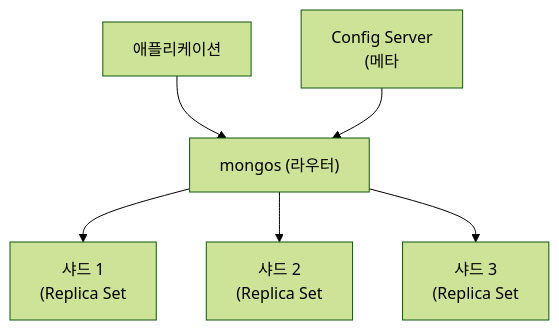
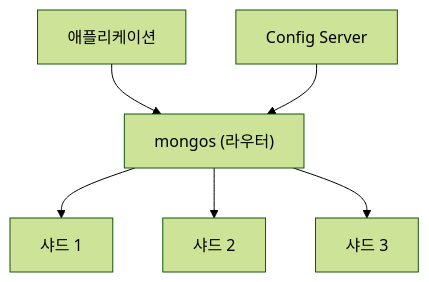
Before and after one commit to yjkim2015/yjkim2015.github.io: the sixth of 7 diagrams in _posts/nosql/2026-05-02-mongodb-deep.md, drawn with Mermaid (forest theme). The commit also changed other lines of this file and 217 other files, not shown here.

First line of the commit message:
Mermaid 크기 수정: useMaxWidth:true + SVG max-width:100% + 라벨 축소

````diff
--- a/_posts/nosql/2026-05-02-mongodb-deep.md
+++ b/_posts/nosql/2026-05-02-mongodb-deep.md
@@ -303,8 +303,8 @@
 ```mermaid
 graph TD
     Client["애플리케이션"] --> MongosRouter["mongos (라우터)"]
-    MongosRouter --> Shard1["샤드 1\n(Replica Set"]
-    MongosRouter --> Shard2["샤드 2\n(Replica Set"]
-    MongosRouter --> Shard3["샤드 3\n(Replica Set"]
-    ConfigServer["Config Server\n(메타"] --> MongosRouter
+    MongosRouter --> Shard1["샤드 1"]
+    MongosRouter --> Shard2["샤드 2"]
+    MongosRouter --> Shard3["샤드 3"]
+    ConfigServer["Config Server"] --> MongosRouter
 ```
````
